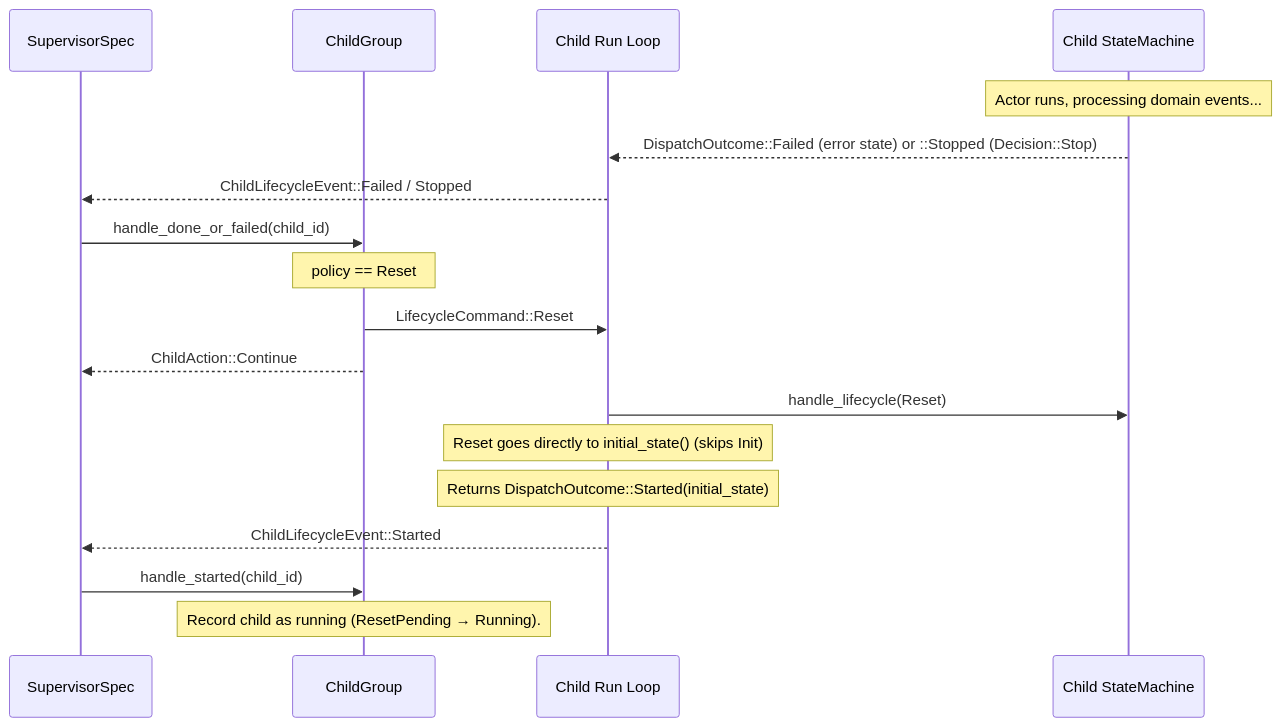
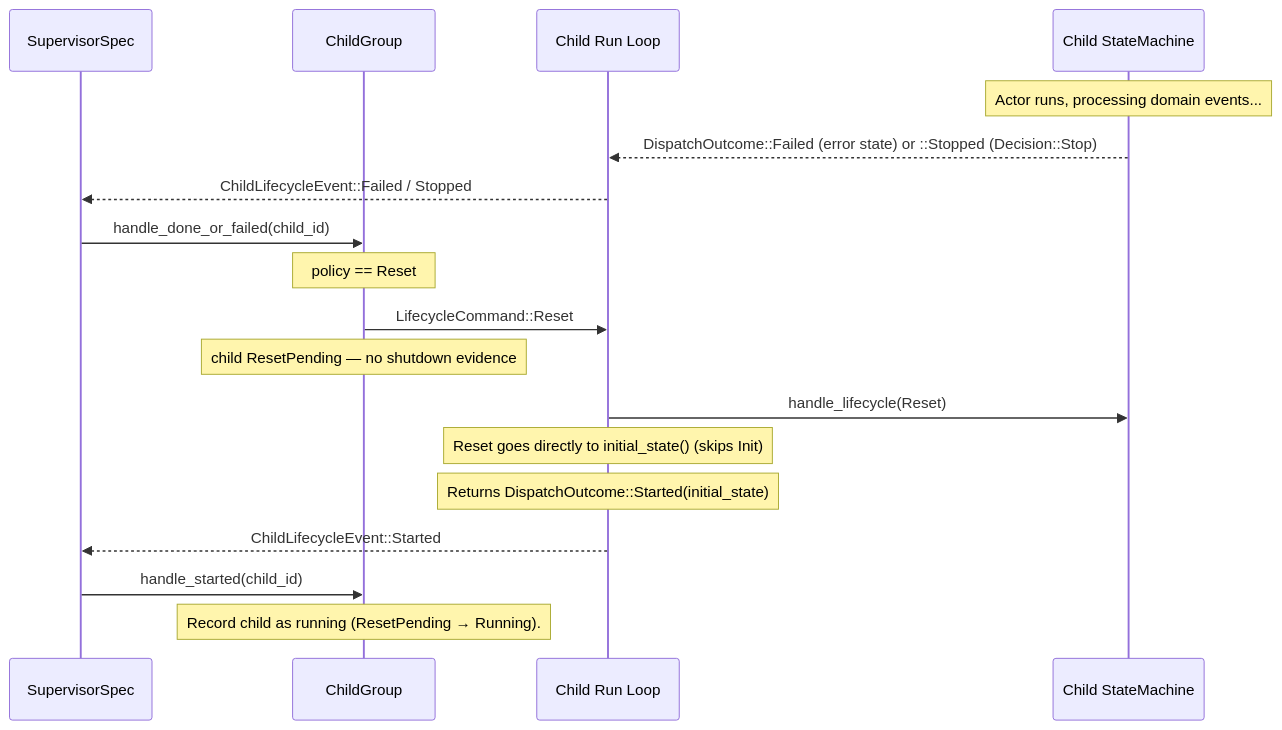
One commit to bloxide-com/bloxide changed the second of 4 diagrams in spec/architecture/07-supervision.md. Above: the diagram before and after it, drawn with Mermaid. The commit also changed other lines of this file and 88 other files, not shown here.

````diff
--- a/spec/architecture/07-supervision.md
+++ b/spec/architecture/07-supervision.md
@@ -599,22 +617,22 @@
 ```mermaid
 sequenceDiagram
     participant Sup as SupervisorSpec
     participant CG as ChildGroup
     participant RT as Child Run Loop
     participant M as Child StateMachine
 
     Note over M: Actor runs, processing domain events...
 
     M-->>RT: DispatchOutcome::Failed (error state) or ::Stopped (Decision::Stop)
     RT-->>Sup: ChildLifecycleEvent::Failed / Stopped
     Sup->>CG: handle_done_or_failed(child_id)
     Note over CG: policy == Reset
     CG->>RT: LifecycleCommand::Reset
-    CG-->>Sup: ChildAction::Continue
+    Note over CG: child ResetPending — no shutdown evidence
     RT->>M: handle_lifecycle(Reset)
     Note over RT: Reset goes directly to initial_state() (skips Init)
     Note over RT: Returns DispatchOutcome::Started(initial_state)
     RT-->>Sup: ChildLifecycleEvent::Started
     Sup->>CG: handle_started(child_id)
     Note over CG: Record child as running (ResetPending → Running).
 ```
````
